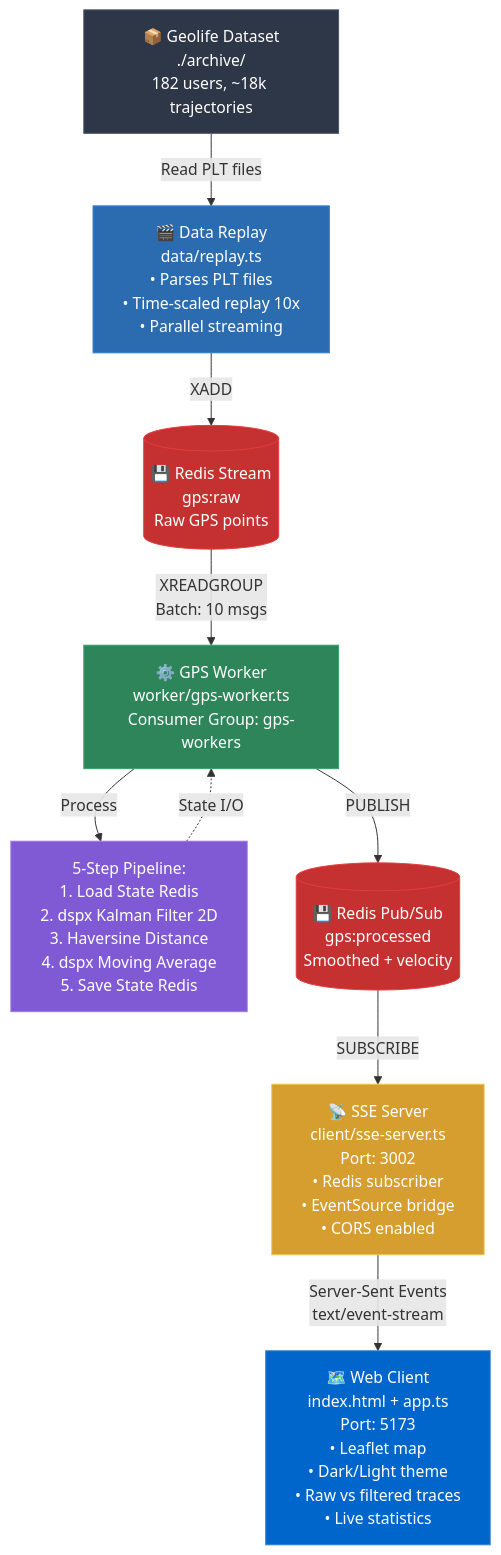
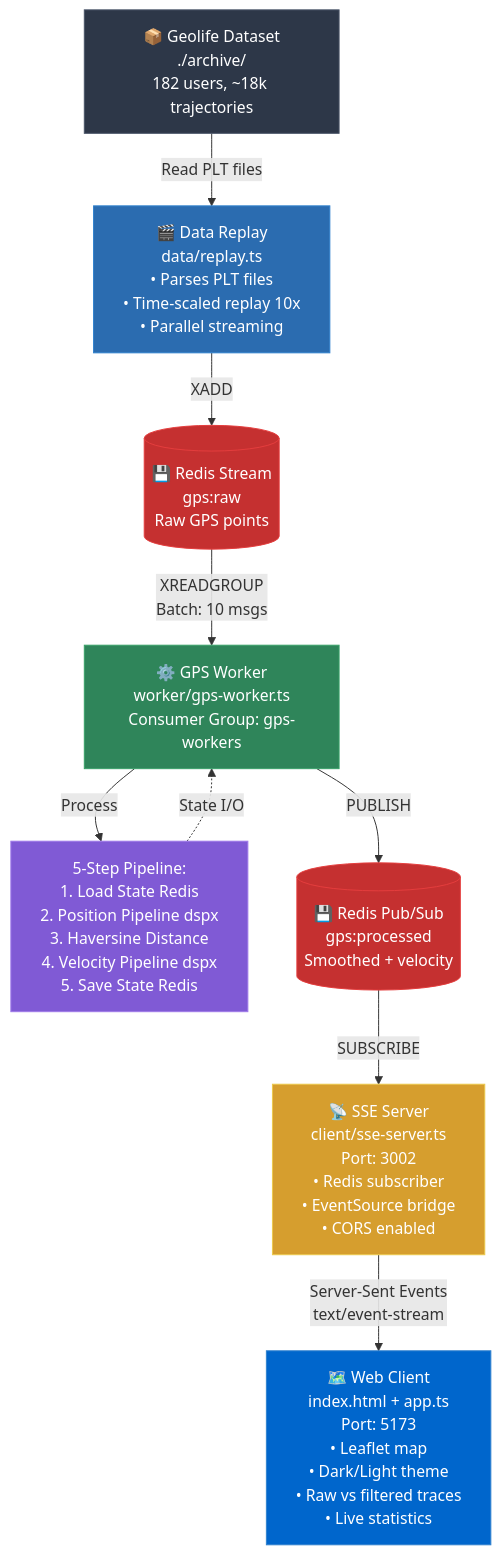
Before and after one commit to A-KGeorge/serverless-gps-demo-dspx: the first of 3 diagrams in ARCHITECTURE.md, drawn with Mermaid. The commit also changed other lines of this file and 1 other file, not shown here.

Commit message:
refactor: update GPS processing pipeline to use two separate dspx pipelines for position and velocity

````diff
--- a/ARCHITECTURE.md
+++ b/ARCHITECTURE.md
@@ -7,36 +7,36 @@
 ```mermaid
 flowchart TD
     Dataset[📦 Geolife Dataset<br/>./archive/<br/>182 users, ~18k trajectories]
 
     Replay[🎬 Data Replay<br/>data/replay.ts<br/>• Parses PLT files<br/>• Time-scaled replay 10x<br/>• Parallel streaming]
 
     RedisStream[(💾 Redis Stream<br/>gps:raw<br/>Raw GPS points)]
 
     Worker[⚙️ GPS Worker<br/>worker/gps-worker.ts<br/>Consumer Group: gps-workers]
 
-    Pipeline[5-Step Pipeline:<br/>1. Load State Redis<br/>2. dspx Kalman Filter 2D<br/>3. Haversine Distance<br/>4. dspx Moving Average<br/>5. Save State Redis]
+    Pipeline[5-Step Pipeline:<br/>1. Load State Redis<br/>2. Position Pipeline dspx<br/>3. Haversine Distance<br/>4. Velocity Pipeline dspx<br/>5. Save State Redis]
 
     RedisPubSub[(💾 Redis Pub/Sub<br/>gps:processed<br/>Smoothed + velocity)]
 
     SSE[📡 SSE Server<br/>client/sse-server.ts<br/>Port: 3002<br/>• Redis subscriber<br/>• EventSource bridge<br/>• CORS enabled]
 
     Client[🗺️ Web Client<br/>index.html + app.ts<br/>Port: 5173<br/>• Leaflet map<br/>• Dark/Light theme<br/>• Raw vs filtered traces<br/>• Live statistics]
 
     Dataset -->|Read PLT files| Replay
     Replay -->|XADD| RedisStream
     RedisStream -->|XREADGROUP<br/>Batch: 10 msgs| Worker
     Worker -->|Process| Pipeline
     Pipeline -.->|State I/O| Worker
     Worker -->|PUBLISH| RedisPubSub
     RedisPubSub -->|SUBSCRIBE| SSE
     SSE -->|Server-Sent Events<br/>text/event-stream| Client
 
     style Dataset fill:#2d3748,stroke:#4a5568,color:#fff
     style Replay fill:#2b6cb0,stroke:#3182ce,color:#fff
     style RedisStream fill:#c53030,stroke:#e53e3e,color:#fff
     style Worker fill:#2f855a,stroke:#38a169,color:#fff
     style Pipeline fill:#805ad5,stroke:#9f7aea,color:#fff
     style RedisPubSub fill:#c53030,stroke:#e53e3e,color:#fff
     style SSE fill:#d69e2e,stroke:#ecc94b,color:#fff
     style Client fill:#0066cc,stroke:#3182ce,color:#fff
 ```
````
